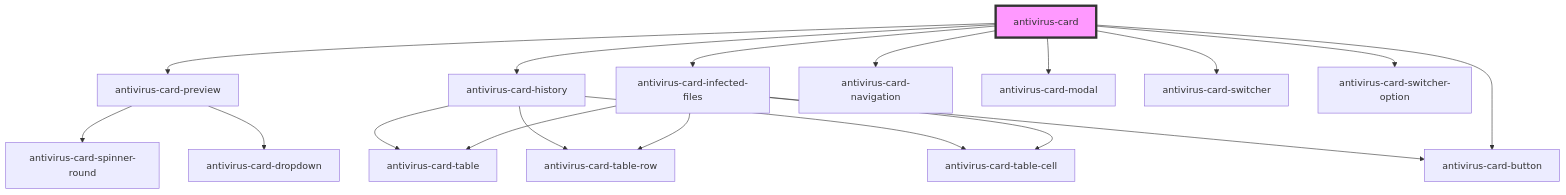
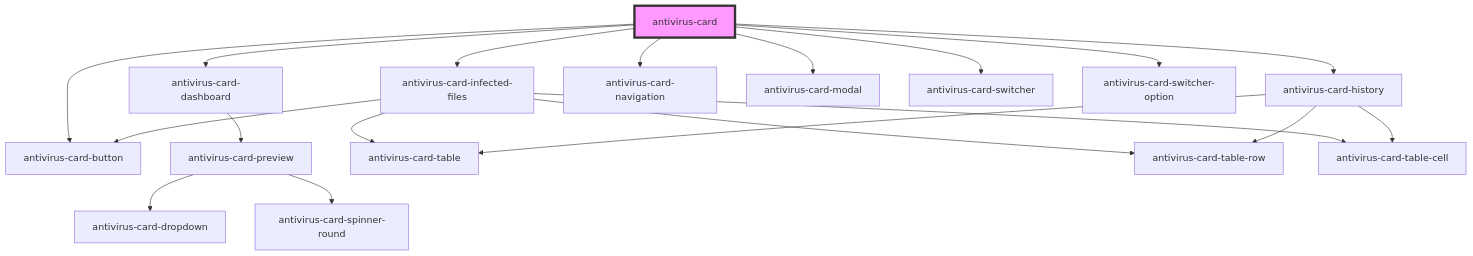
The diagram in client/packages/antivirus-card/src/components/readme.md (ispsystem/plugin-imunify), drawn with Mermaid before and after one commit. The commit also changed other lines of this file and 4 other files, not shown here.

````diff
--- a/client/packages/antivirus-card/src/components/readme.md
+++ b/client/packages/antivirus-card/src/components/readme.md
@@ -30,21 +30,22 @@
 ```mermaid
 graph TD;
-  antivirus-card --> antivirus-card-preview
+  antivirus-card --> antivirus-card-dashboard
   antivirus-card --> antivirus-card-infected-files
   antivirus-card --> antivirus-card-history
   antivirus-card --> antivirus-card-navigation
   antivirus-card --> antivirus-card-modal
   antivirus-card --> antivirus-card-switcher
   antivirus-card --> antivirus-card-switcher-option
   antivirus-card --> antivirus-card-button
+  antivirus-card-dashboard --> antivirus-card-preview
+  antivirus-card-preview --> antivirus-card-dropdown
   antivirus-card-preview --> antivirus-card-spinner-round
-  antivirus-card-preview --> antivirus-card-dropdown
   antivirus-card-infected-files --> antivirus-card-table
   antivirus-card-infected-files --> antivirus-card-table-row
   antivirus-card-infected-files --> antivirus-card-table-cell
   antivirus-card-infected-files --> antivirus-card-button
   antivirus-card-history --> antivirus-card-table
   antivirus-card-history --> antivirus-card-table-row
   antivirus-card-history --> antivirus-card-table-cell
   style antivirus-card fill:#f9f,stroke:#333,stroke-width:4px
 ```
````
